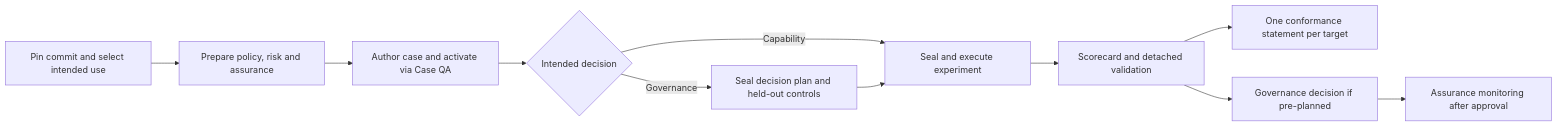
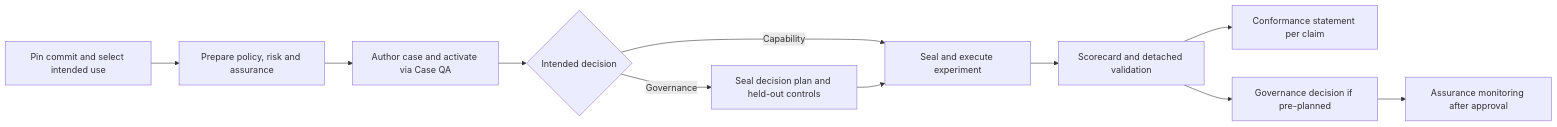
The diagram in standard/adoption-guide.md (mingazhev/agent-evals-standard), drawn with Mermaid before and after one commit. The commit also changed other lines of this file and 83 other files, not shown here.

First line of the commit message:
One schema family, four assurance levels: Core becomes A1 (#13)

````diff
--- a/standard/adoption-guide.md
+++ b/standard/adoption-guide.md
@@ -40,13 +42,13 @@
 ```mermaid
 flowchart LR
   A[Pin commit and select intended use] --> P[Prepare policy, risk and assurance]
   P --> B[Author case and activate via Case QA]
   B --> C{Intended decision}
   C -->|Capability| R[Seal and execute experiment]
   C -->|Governance| G[Seal decision plan and held-out controls]
   G --> R
   R --> S[Scorecard and detached validation]
-  S --> E[One conformance statement per target]
+  S --> E[Conformance statement per claim]
   S --> D[Governance decision if pre-planned]
   D --> M[Assurance monitoring after approval]
 ```
````
